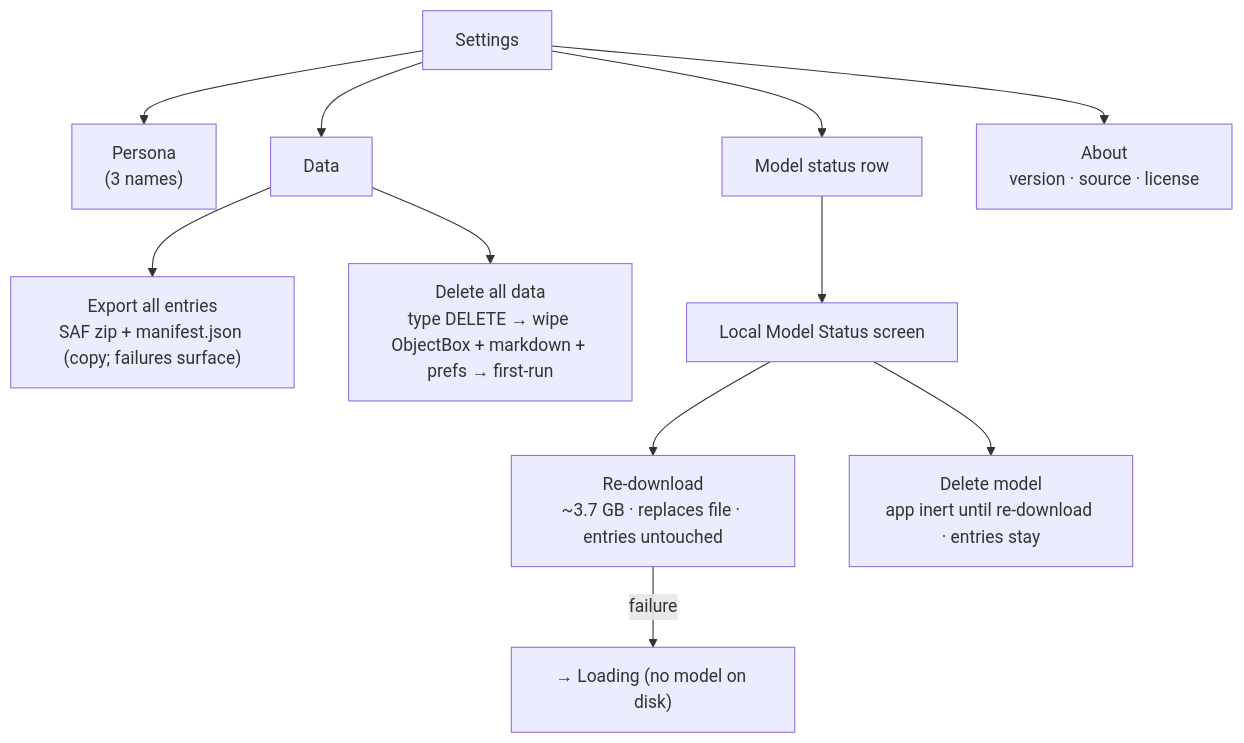
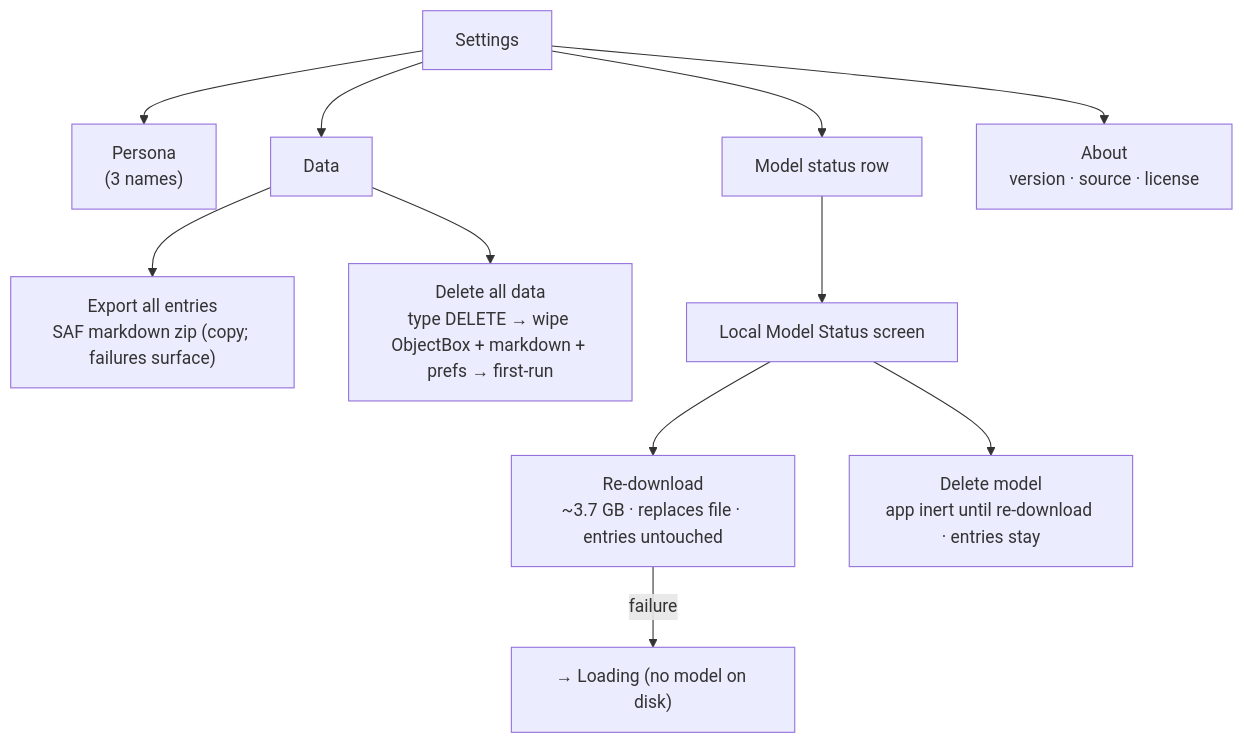
One commit to anchildress1/vestige changed the fifth of 5 diagrams in docs/diagrams/user-flows.md. Above: the diagram before and after it, drawn with Mermaid. The commit also changed 1 other file, not shown here.

Commit message:
docs: drop the manifest.json claim from export — code zips markdown only
AppContainer.zipAllEntriesTo zips markdownStore.listAll() and produces
no manifest.json; architecture-brief and the diagram atlas still
described "plus a generated manifest.json (filename, sha256,
schema_version)". Corrected to "zips the markdown files under entries/"
so the docs match shipped behavior, completing the no-manifest
reconciliation already applied to ux-copy.md.

````diff
--- a/docs/diagrams/user-flows.md
+++ b/docs/diagrams/user-flows.md
@@ -95,18 +95,18 @@
 ```mermaid
 flowchart TD
     accTitle: Settings sections and model lifecycle
-    accDescr: Settings has Persona, Data, Model, and About sections. Export writes a SAF zip plus manifest as a copy. Delete all data requires typing DELETE then wipes ObjectBox, markdown, and onboarding prefs and returns to first run. The Model row opens Model Status where Re-download and Delete live; re-download replaces the file with entries untouched, a failed re-download falls back to Loading.
+    accDescr: Settings has Persona, Data, Model, and About sections. Export writes a SAF zip of the entry markdown files as a copy. Delete all data requires typing DELETE then wipes ObjectBox, markdown, and onboarding prefs and returns to first run. The Model row opens Model Status where Re-download and Delete live; re-download replaces the file with entries untouched, a failed re-download falls back to Loading.
 
     SET["Settings"] --> PER["Persona<br/>(3 names)"]
     SET --> DATA["Data"]
     SET --> MOD["Model status row"]
     SET --> ABT["About<br/>version · source · license"]
 
-    DATA --> EXP["Export all entries<br/>SAF zip + manifest.json (copy; failures surface)"]
+    DATA --> EXP["Export all entries<br/>SAF markdown zip (copy; failures surface)"]
     DATA --> WIPE["Delete all data<br/>type DELETE → wipe ObjectBox + markdown + prefs → first-run"]
 
     MOD --> MS["Local Model Status screen"]
     MS --> RDL["Re-download<br/>~3.7 GB · replaces file · entries untouched"]
     MS --> DEL["Delete model<br/>app inert until re-download · entries stay"]
     RDL -- "failure" --> LOAD["→ Loading (no model on disk)"]
 ```
````
